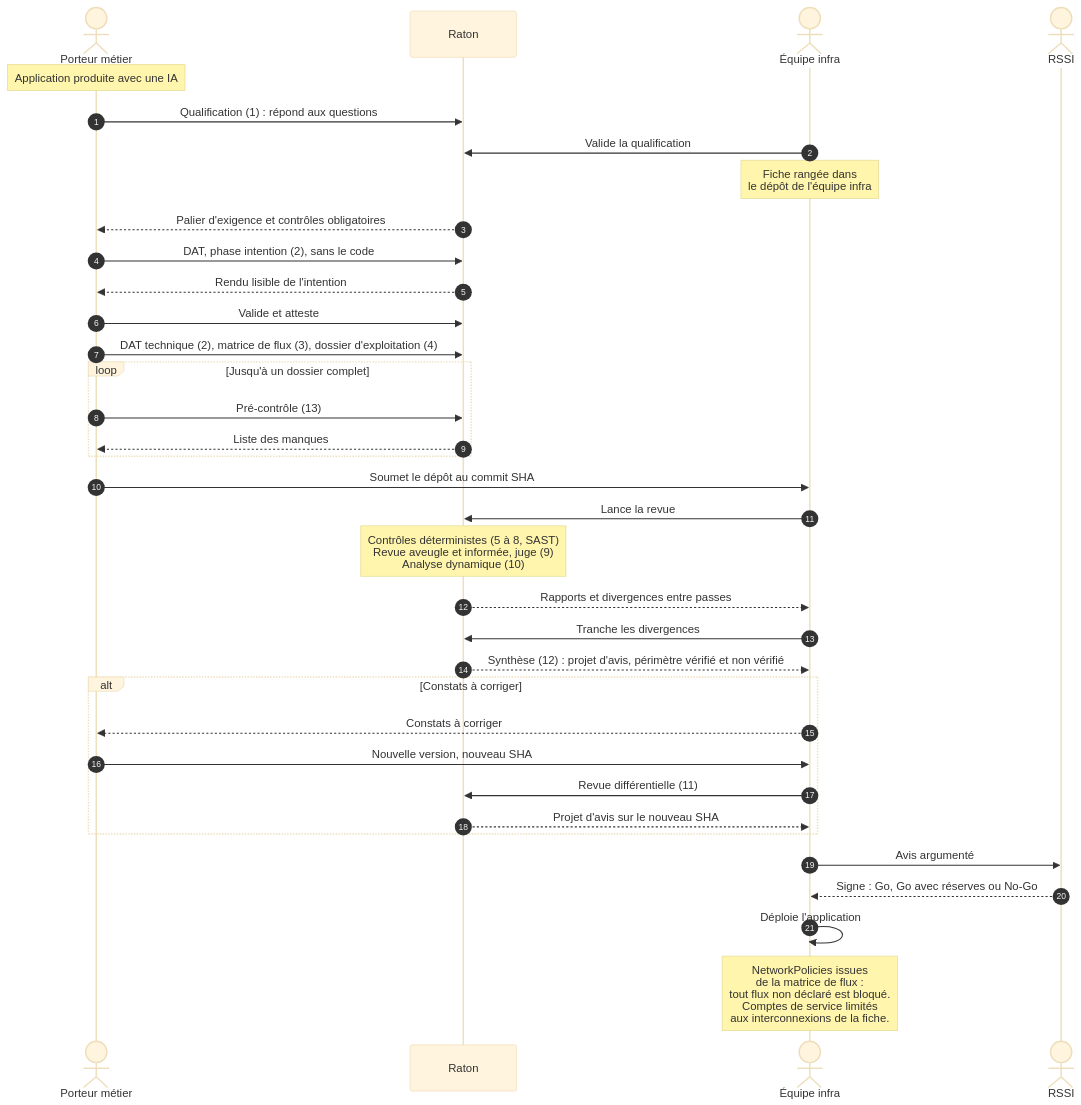
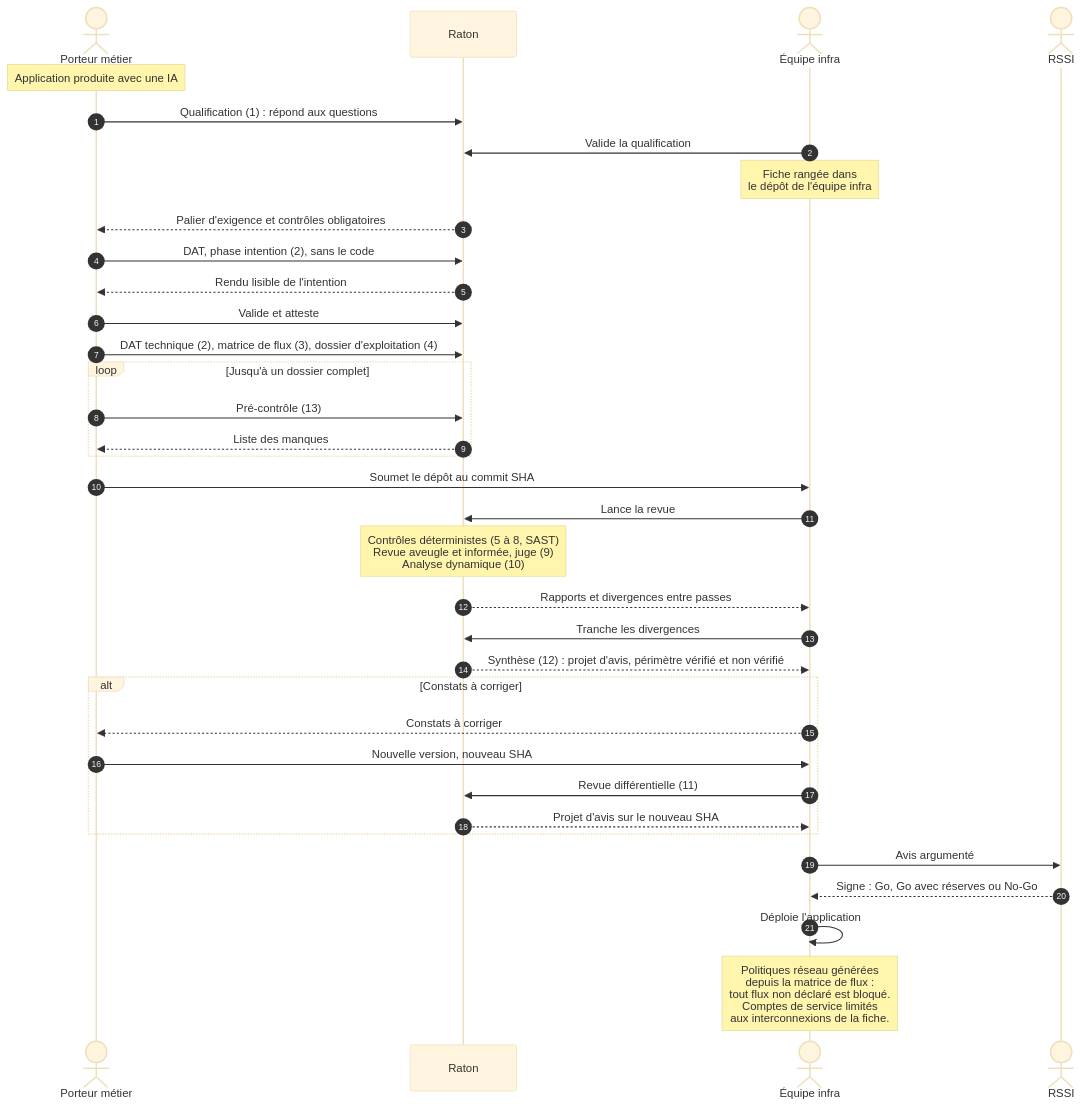
The second of 5 diagrams in docs/architecture.md (Jul0ow/Raton), drawn with Mermaid (base theme) before and after one commit. The commit also changed other lines of this file and 17 other files, not shown here.

First line of the commit message:
Propose un format pour la matrice de flux

````diff
--- a/docs/architecture.md
+++ b/docs/architecture.md
@@ -53,38 +53,38 @@
 ```mermaid
 sequenceDiagram
   autonumber
   actor M as Porteur métier
   participant R as Raton
   actor E as Équipe infra
   actor S as RSSI
 
   Note over M: Application produite avec une IA
   M->>R: Qualification (1) : répond aux questions
   E->>R: Valide la qualification
   Note over E: Fiche rangée dans<br/>le dépôt de l'équipe infra
   R-->>M: Palier d'exigence et contrôles obligatoires
   M->>R: DAT, phase intention (2), sans le code
   R-->>M: Rendu lisible de l'intention
   M->>R: Valide et atteste
   M->>R: DAT technique (2), matrice de flux (3), dossier d'exploitation (4)
   loop Jusqu'à un dossier complet
     M->>R: Pré-contrôle (13)
     R-->>M: Liste des manques
   end
   M->>E: Soumet le dépôt au commit SHA
   E->>R: Lance la revue
   Note over R: Contrôles déterministes (5 à 8, SAST)<br/>Revue aveugle et informée, juge (9)<br/>Analyse dynamique (10)
   R-->>E: Rapports et divergences entre passes
   E->>R: Tranche les divergences
   R-->>E: Synthèse (12) : projet d'avis, périmètre vérifié et non vérifié
   alt Constats à corriger
     E-->>M: Constats à corriger
     M->>E: Nouvelle version, nouveau SHA
     E->>R: Revue différentielle (11)
     R-->>E: Projet d'avis sur le nouveau SHA
   end
   E->>S: Avis argumenté
   S-->>E: Signe : Go, Go avec réserves ou No-Go
   E->>E: Déploie l'application
-  Note over E: NetworkPolicies issues<br/>de la matrice de flux :<br/>tout flux non déclaré est bloqué.<br/>Comptes de service limités<br/>aux interconnexions de la fiche.
+  Note over E: Politiques réseau générées<br/>depuis la matrice de flux :<br/>tout flux non déclaré est bloqué.<br/>Comptes de service limités<br/>aux interconnexions de la fiche.
 ```
````
